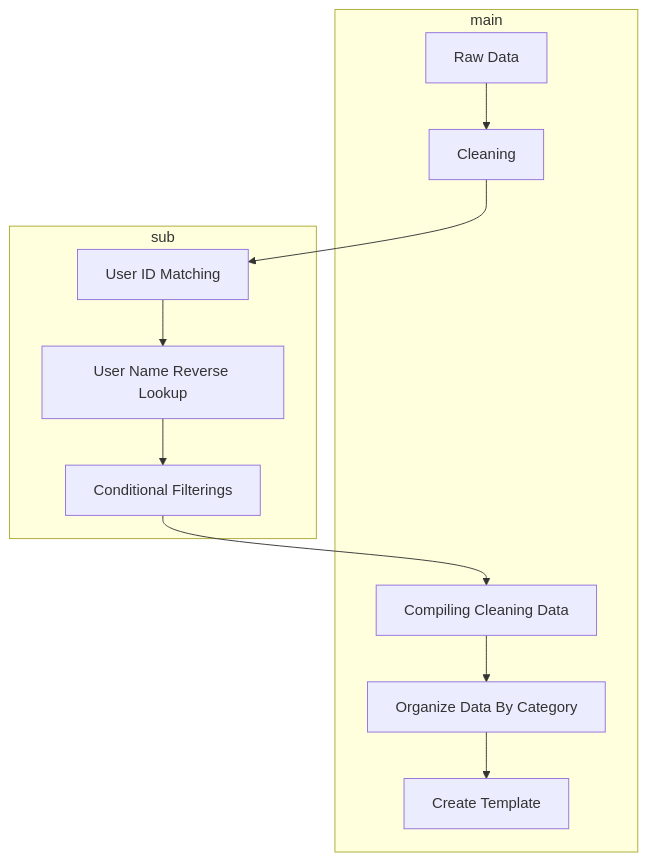
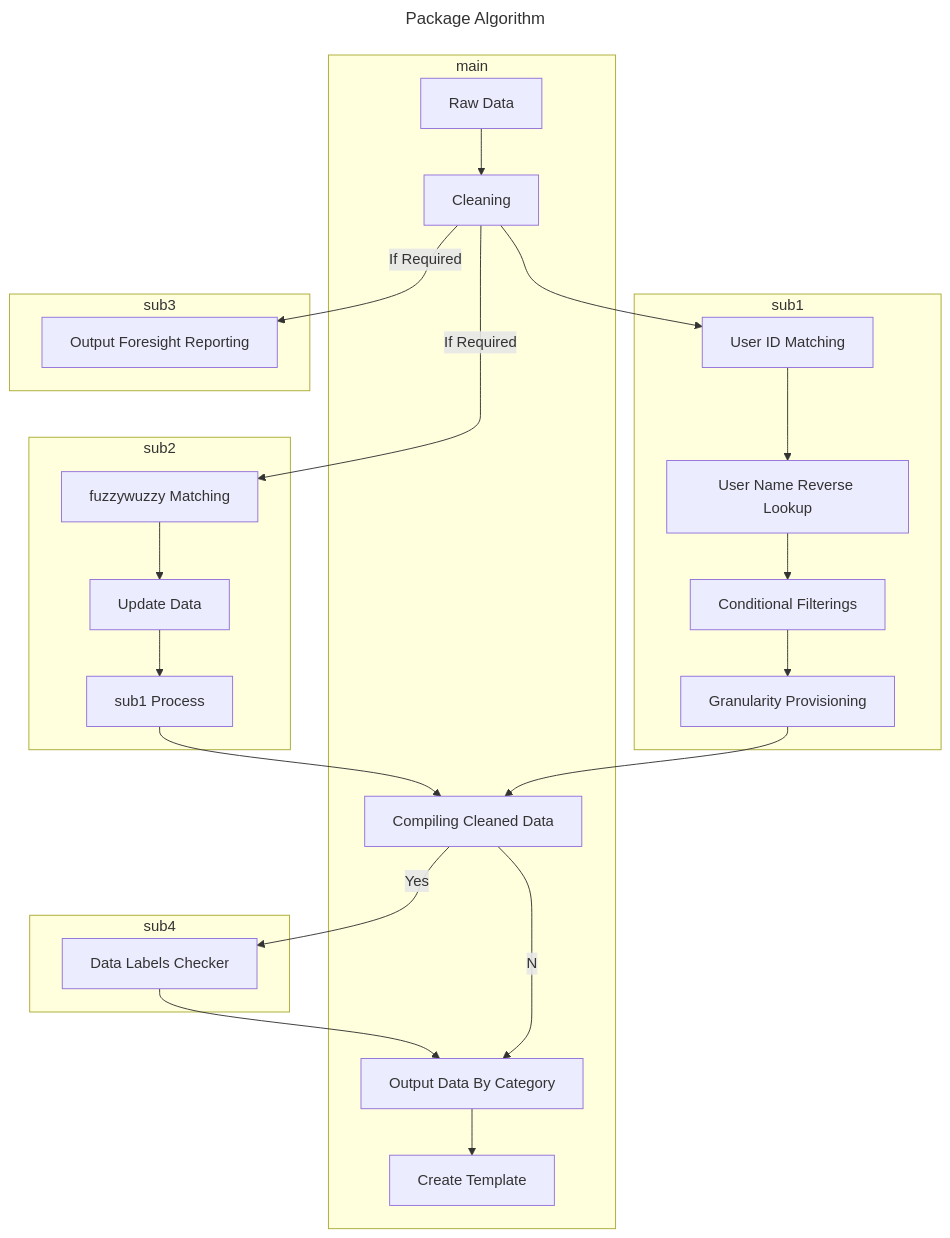
One commit to keanteng/blueautomata changed the diagram in docs/index.md. Above: the diagram before and after it, drawn with Mermaid. The commit also changed other lines of this file and 12 other files, not shown here.

````diff
--- a/docs/index.md
+++ b/docs/index.md
@@ -21,15 +22,35 @@
 ``` mermaid
+---
+title: Package Algorithm
+---
 flowchart TD
     subgraph main
-    A[Raw Data] --> B[Cleaning];
-    C[Compiling Cleaned Data] --> D[Organize Data By Category]
+    A[Raw Data] --> B{Cleaning}
+    C[Compiling Cleaned Data] --No--> D[Organize Data By Category]
     D[Organize Data By Category] --> E[Create Template]
     end
 
-    subgraph sub
+    subgraph sub1
     B[Cleaning] --> B1[User ID Matching]
     B1[User ID Matching] --> B2[User Name Reverse Lookup]
     B2[User Name Reverse Lookup] --> B3[Conditional Filterings]
-    B3[Conditional Filterings] --> C[Compiling Cleaning Data]
+    B3[Conditional Filterings] --> B4[Granularity Provisioning]
+    B4[Granularity Provisioning] --> C[Compiling Cleaned Data]
     end
+
+    subgraph sub2
+    B[Cleaning] --If Required--> B11[Fuzzywuzzy Matching]
+    B11[fuzzywuzzy Matching] --> B12[Update Data]
+    B12[Update Data]--> B13[sub1 Process]
+    B13[sub1 Process] --> C[Compiling Cleaning Data]
+    end
+
+    subgraph sub3
+    B[Cleaning] --If Required--> B21[Output Foresight Reporting]
+    end
+
+    subgraph sub4
+    C[Compiling Cleaned Data] --Yes--> C1[Data Labels Checker]
+    C1[Data Labels Checker] --> D[Output Data By Category]
+    end 
 ```
````
